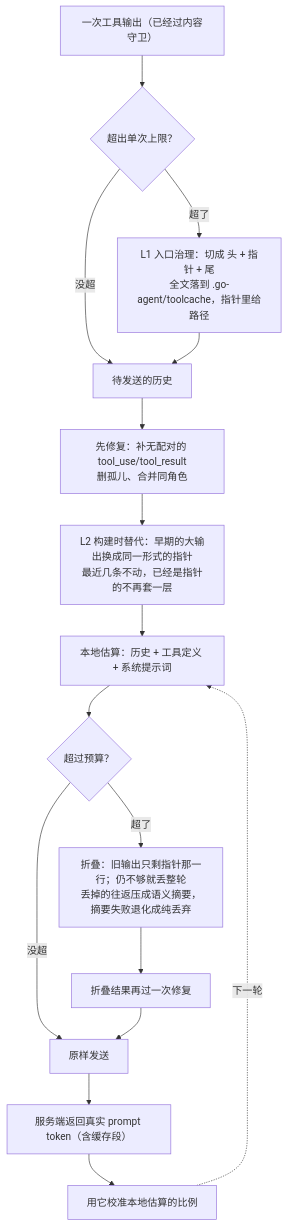
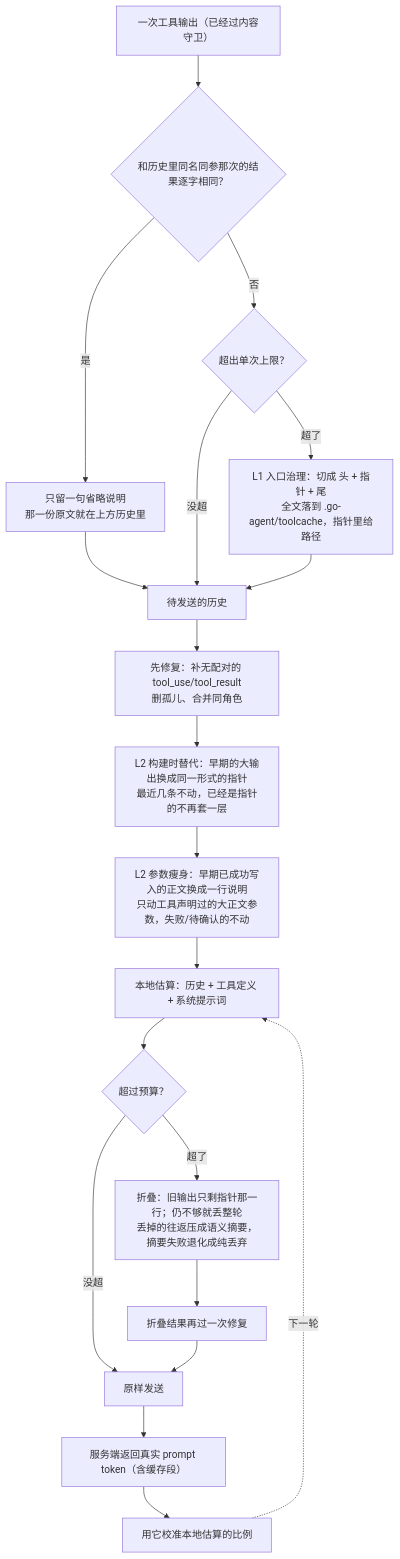
The second of 3 diagrams in README.md (deep2code/go-agent), drawn with Mermaid before and after one commit. The commit also changed other lines of this file and 12 other files, not shown here.

````diff
--- a/README.md
+++ b/README.md
@@ -246,18 +248,22 @@
 ```mermaid
 flowchart TD
-    TOOL["一次工具输出（已经过内容守卫）"] --> L1{"超出单次上限？"}
-    L1 -->|没超| H["待发送的历史"]
+    TOOL["一次工具输出（已经过内容守卫）"] --> DUP{"和历史里同名同参那次的结果逐字相同？"}
+    DUP -->|是| OM["只留一句省略说明<br/>那一份原文就在上方历史里"]
+    OM --> H["待发送的历史"]
+    DUP -->|否| L1{"超出单次上限？"}
+    L1 -->|没超| H
     L1 -->|超了| GOV["L1 入口治理：切成 头 + 指针 + 尾<br/>全文落到 .go-agent/toolcache，指针里给路径"]
     GOV --> H
     H --> RH["先修复：补无配对的 tool_use/tool_result<br/>删孤儿、合并同角色"]
     RH --> L2["L2 构建时替代：早期的大输出换成同一形式的指针<br/>最近几条不动，已经是指针的不再套一层"]
-    L2 --> EST["本地估算：历史 + 工具定义 + 系统提示词"]
+    L2 --> SLIM["L2 参数瘦身：早期已成功写入的正文换成一行说明<br/>只动工具声明过的大正文参数，失败/待确认的不动"]
+    SLIM --> EST["本地估算：历史 + 工具定义 + 系统提示词"]
     EST --> C{"超过预算？"}
     C -->|没超| SEND["原样发送"]
     C -->|超了| FOLD["折叠：旧输出只剩指针那一行；仍不够就丢整轮<br/>丢掉的往返压成语义摘要，摘要失败退化成纯丢弃"]
     FOLD --> RH2["折叠结果再过一次修复"]
     RH2 --> SEND
     SEND --> RESP["服务端返回真实 prompt token（含缓存段）"]
     RESP --> CAL["用它校准本地估算的比例"]
     CAL -.下一轮.-> EST
 ```
````
